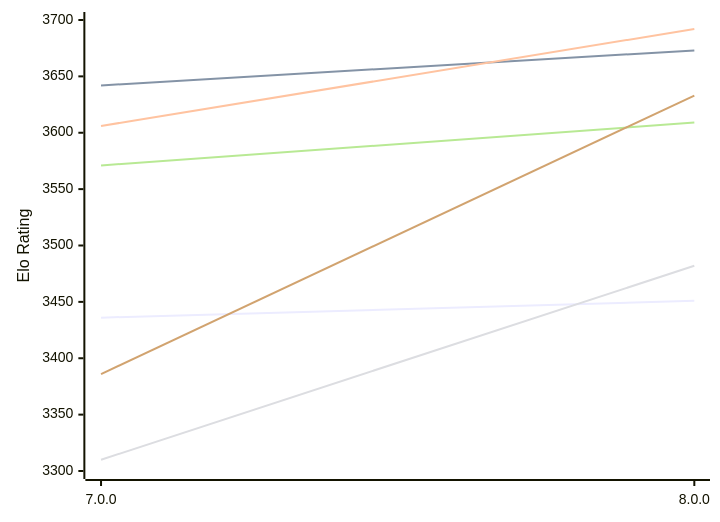
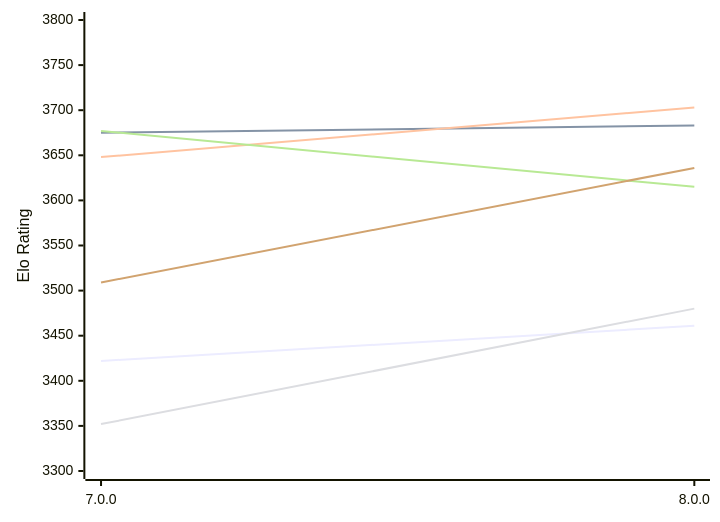
Before and after one commit to computer-chess-index/cci: the first of 2 diagrams in engines/PlentyChess.md, drawn with Mermaid. The commit also changed other lines of this file, not shown here.

Commit message:
Update CCI Ratings (ELO VLTC) - 2026-11-16

````diff
--- a/engines/PlentyChess.md
+++ b/engines/PlentyChess.md
@@ -55,12 +55,12 @@
 ```mermaid
 %%{init: {"theme":"base","themeVariables":{"seriesColors:['#a3a3a3','#222221','#faa371']}}}%%
 xychart-beta
   x-axis ["7.0.0", "8.0.0"]
-  y-axis "Elo Rating" 3300 --> 3700
-  line "E1: STC (8.0+0.08s)" [3436, 3451]
-  line "E1: LTC (60.0+0.60s)" [3642, 3673]
-  line "E1: VLTC (2m24s+1.12s)" [3606, 3692]
-  line "P1: STC (8.0+0.08s)" [3310, 3482]
-  line "P1: LTC (60.0+0.60s)" [3571, 3609]
-  line "P1: VLTC (2m24s+1.12s)" [3386, 3633]
+  y-axis "Elo Rating" 3300 --> 3800
+  line "E1: STC (8.0+0.08s)" [3422, 3461]
+  line "E1: LTC (60.0+0.60s)" [3675, 3683]
+  line "E1: VLTC (2m24s+1.12s)" [3648, 3703]
+  line "P1: STC (8.0+0.08s)" [3352, 3480]
+  line "P1: LTC (60.0+0.60s)" [3677, 3615]
+  line "P1: VLTC (2m24s+1.12s)" [3509, 3636]
 ```
````
